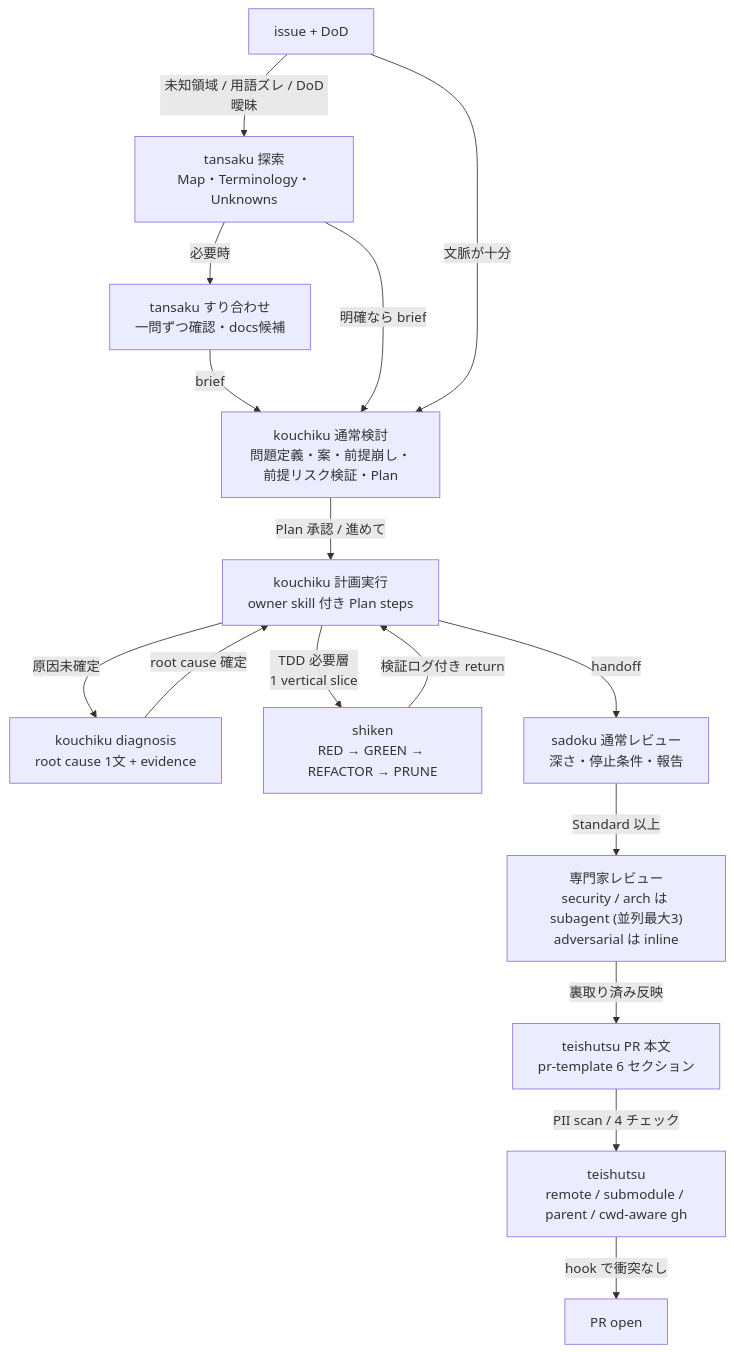
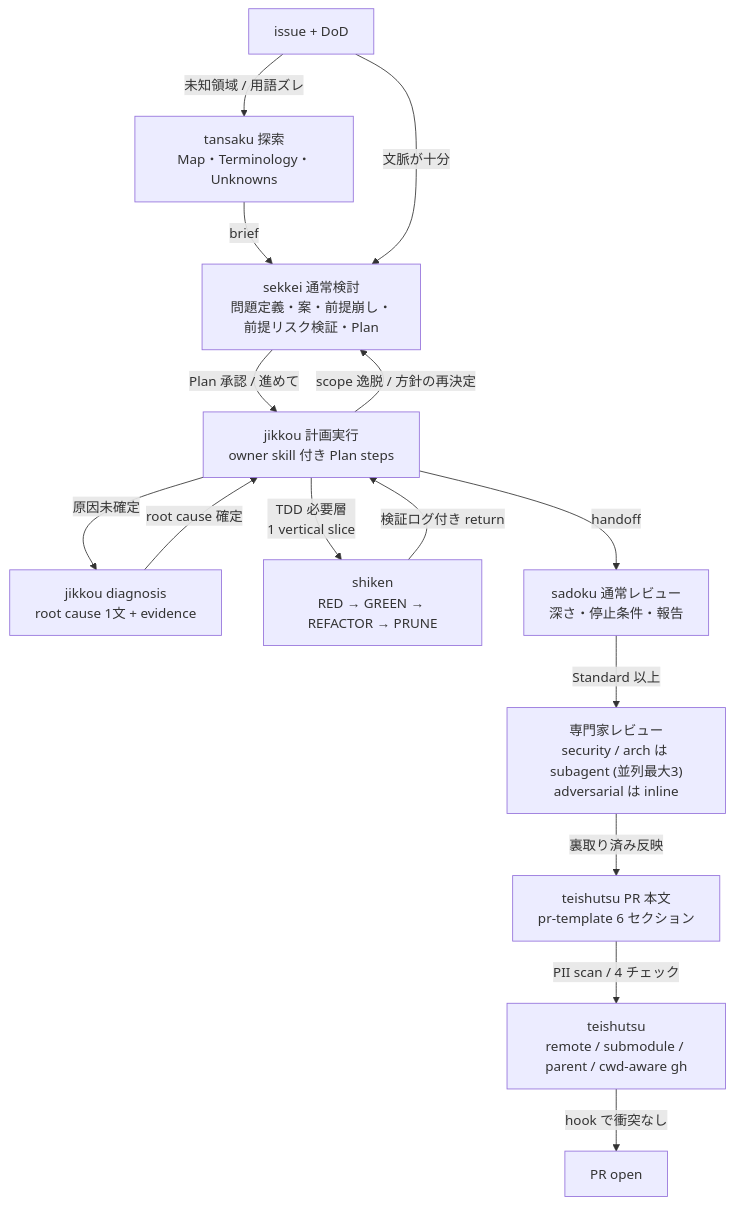
Before and after one commit to hayashiii-ghub/hikizan: the second of 6 diagrams in docs/workflow.md, drawn with Mermaid. The commit also changed other lines of this file and 24 other files, not shown here.

First line of the commit message:
skills: kouchiku を sekkei (設計) / jikkou (実行) に分割し suriawase を溶解する (#57)

````diff
--- a/docs/workflow.md
+++ b/docs/workflow.md
@@ -70,18 +73,17 @@
 ```mermaid
 flowchart TB
-  A["issue + DoD"] -->|"未知領域 / 用語ズレ / DoD曖昧"| A1["tansaku 探索<br/>Map・Terminology・Unknowns"]
-  A1 -->|"必要時"| A2["tansaku すり合わせ<br/>一問ずつ確認・docs候補"]
-  A2 -->|"brief"| B["kouchiku 通常検討<br/>問題定義・案・前提崩し・前提リスク検証・Plan"]
-  A1 -->|"明確なら brief"| B
+  A["issue + DoD"] -->|"未知領域 / 用語ズレ"| A1["tansaku 探索<br/>Map・Terminology・Unknowns"]
+  A1 -->|"brief"| B["sekkei 通常検討<br/>問題定義・案・前提崩し・前提リスク検証・Plan"]
   A -->|"文脈が十分"| B
-  B -->|"Plan 承認 / 進めて"| C["kouchiku 計画実行<br/>owner skill 付き Plan steps"]
-  C -->|"原因未確定"| I["kouchiku diagnosis<br/>root cause 1文 + evidence"]
+  B -->|"Plan 承認 / 進めて"| C["jikkou 計画実行<br/>owner skill 付き Plan steps"]
+  C -->|"原因未確定"| I["jikkou diagnosis<br/>root cause 1文 + evidence"]
   I -->|"root cause 確定"| C
+  C -->|"scope 逸脱 / 方針の再決定"| B
   C -->|"TDD 必要層<br/>1 vertical slice"| D["shiken<br/>RED → GREEN → REFACTOR → PRUNE"]
   D -->|"検証ログ付き return"| C
   C -->|"handoff"| E["sadoku 通常レビュー<br/>深さ・停止条件・報告"]
   E -->|"Standard 以上"| F["専門家レビュー<br/>security / arch は subagent (並列最大3)<br/>adversarial は inline"]
   F -->|"裏取り済み反映"| G["teishutsu PR 本文<br/>pr-template 6 セクション"]
   G -->|"PII scan / 4 チェック"| H["teishutsu<br/>remote / submodule / parent / cwd-aware gh"]
   H -->|"hook で衝突なし"| J["PR open"]
 ```
````
